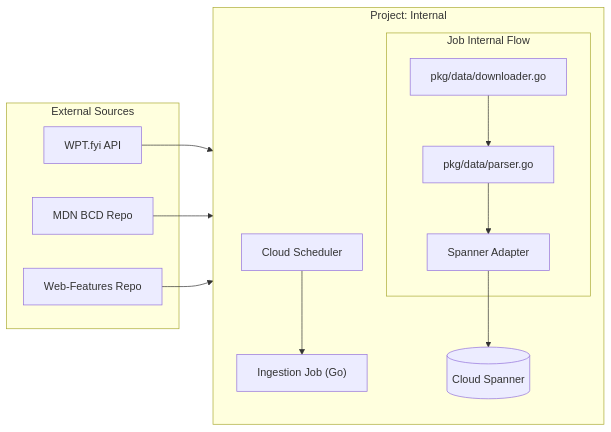
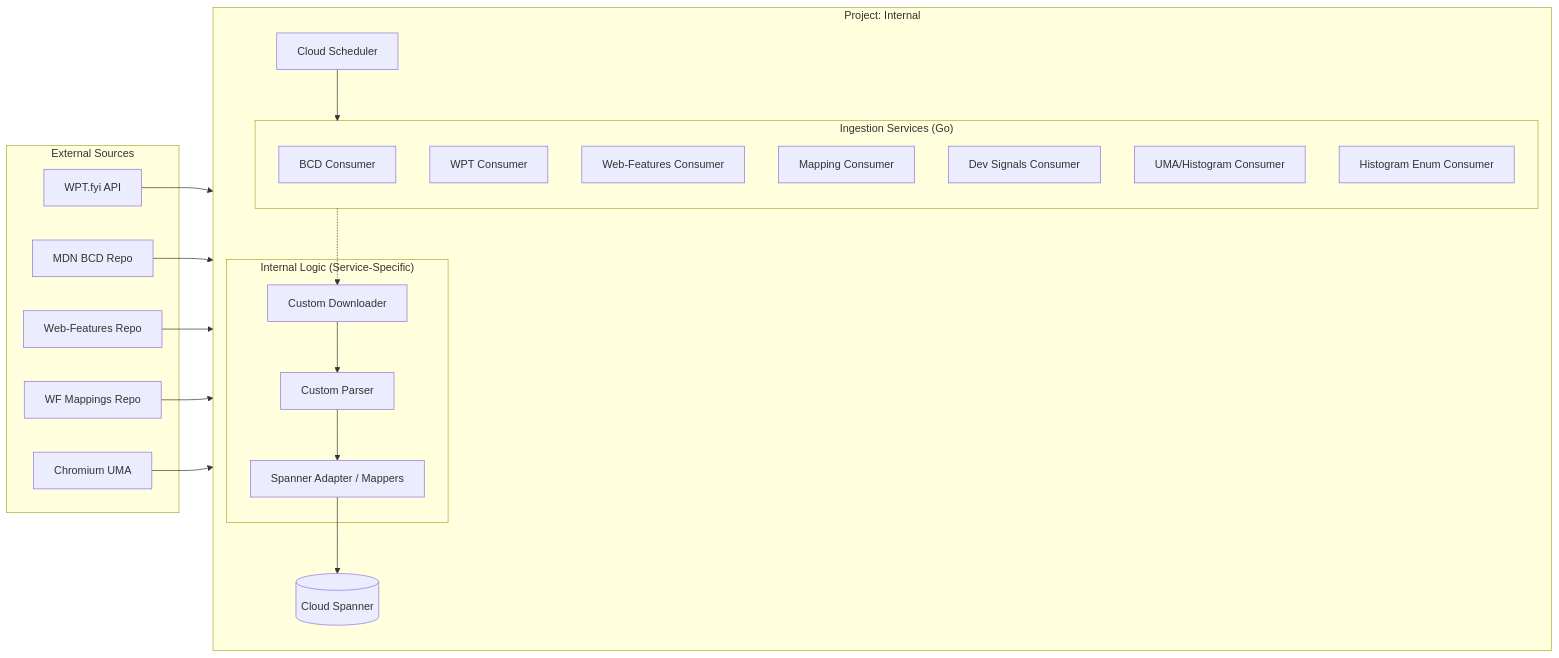
Before and after one commit to GoogleChrome/webstatus.dev: the fifth of 8 diagrams in docs/ARCHITECTURE.md, drawn with Mermaid. The commit also changed other lines of this file and 21 other files, not shown here.

First line of the commit message:
docs: update architecture and skill documentation

````diff
--- a/docs/ARCHITECTURE.md
+++ b/docs/ARCHITECTURE.md
@@ -101,33 +202,49 @@
 ```mermaid
 flowchart LR
-    subgraph External ["External Sources"]
-        WPT["WPT.fyi API"]
-        BCD["MDN BCD Repo"]
-        WF["Web-Features Repo"]
-    end
+        subgraph External ["External Sources"]
+            WPT["WPT.fyi API"]
+            BCD["MDN BCD Repo"]
+            WF["Web-Features Repo"]
+            WFM["WF Mappings Repo"]
+            UMA["Chromium UMA"]
+        end
 
     subgraph Internal ["Project: Internal"]
         direction TB
-        Sched["Cloud Scheduler"] --> Job["Ingestion Job (Go)"]
+        Sched["Cloud Scheduler"] --> Ingestion_Jobs
 
-        subgraph Job_Logic ["Job Internal Flow"]
-            DL["pkg/data/downloader.go"] --> P["pkg/data/parser.go"]
-            P --> Adp["Spanner Adapter"]
+        subgraph Ingestion_Jobs ["Ingestion Services (Go)"]
+            BCD_C["BCD Consumer"]
+            WPT_C["WPT Consumer"]
+            WF_C["Web-Features Consumer"]
+            WFM_C["Mapping Consumer"]
+            DS_C["Dev Signals Consumer"]
+            UMA_C["UMA/Histogram Consumer"]
+            HE_C["Histogram Enum Consumer"]
+        end
+
+        subgraph Job_Logic ["Internal Logic (Service-Specific)"]
+            DL["Custom Downloader"] --> P["Custom Parser"]
+            P --> Adp["Spanner Adapter / Mappers"]
         end
 
         Adp --> DB[(Cloud Spanner)]
     end
 
-    WPT --> DL
-    BCD --> DL
-    WF --> DL
+    WPT --> WPT_C
+    BCD --> BCD_C
+    WF --> WF_C
+    WFM --> WFM_C
+    UMA --> UMA_C
+
+    Ingestion_Jobs -.-> DL
 
     %% Clickable Links
-    click WPT "https://wpt.fyi/" "Web Platform Tests API"
-    click BCD "https://github.com/mdn/browser-compat-data" "MDN BCD Repository"
-    click WF "https://github.com/web-platform-dx/web-features" "Web-Features Repository"
-    click Sched "https://cloud.google.com/scheduler/docs" "GCP Cloud Scheduler"
-    click Job "https://github.com/GoogleChrome/webstatus.dev/tree/main/workflows/steps/services/" "Go to Workflow Services Source"
-    click Adp "https://github.com/GoogleChrome/webstatus.dev/tree/main/lib/gcpspanner/spanneradapters/" "Go to Spanner Adapters"
-    click DB "https://cloud.google.com/spanner" "GCP Spanner"
+    click BCD_C "https://github.com/GoogleChrome/webstatus.dev/tree/main/workflows/steps/services/bcd_consumer/" "BCD Consumer Source"
+    click WPT_C "https://github.com/GoogleChrome/webstatus.dev/tree/main/workflows/steps/services/wpt_consumer/" "WPT Consumer Source"
+    click WF_C "https://github.com/GoogleChrome/webstatus.dev/tree/main/workflows/steps/services/web_feature_consumer/" "Web-Features Source"
+    click WFM_C "https://github.com/GoogleChrome/webstatus.dev/tree/main/workflows/steps/services/web_features_mapping_consumer/" "Mapping Consumer Source"
+    click DS_C "https://github.com/GoogleChrome/webstatus.dev/tree/main/workflows/steps/services/developer_signals_consumer/" "Dev Signals Source"
+    click UMA_C "https://github.com/GoogleChrome/webstatus.dev/tree/main/workflows/steps/services/uma_export/" "UMA Export Source"
+    click DB "https://github.com/GoogleChrome/webstatus.dev/blob/main/docs/schema/README.md" "Spanner Schema Overview"
 ```
````
